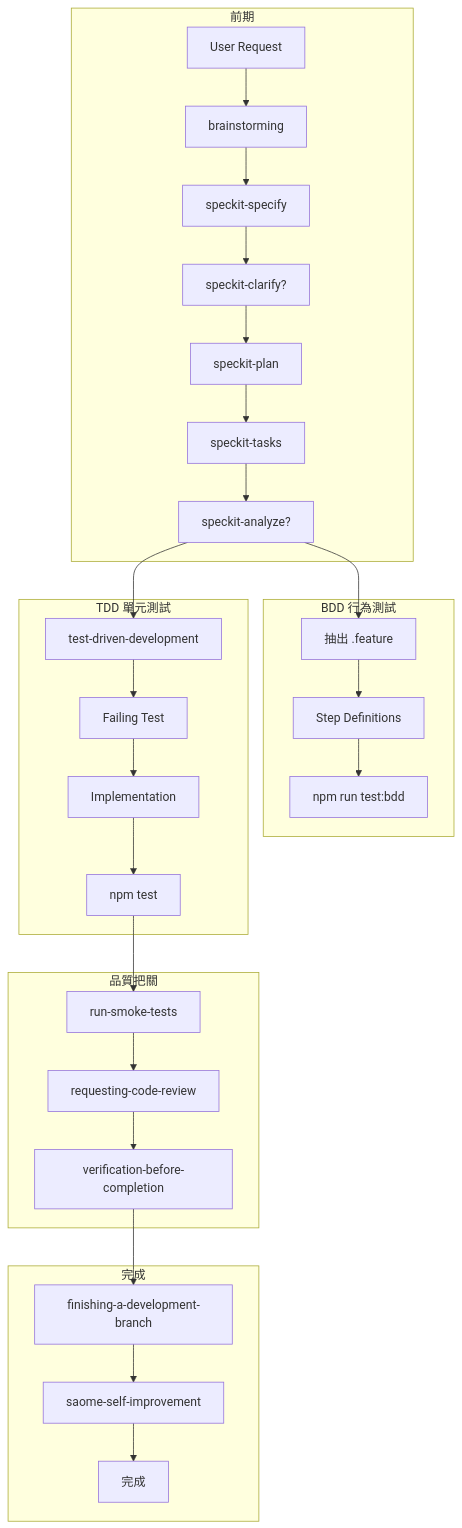
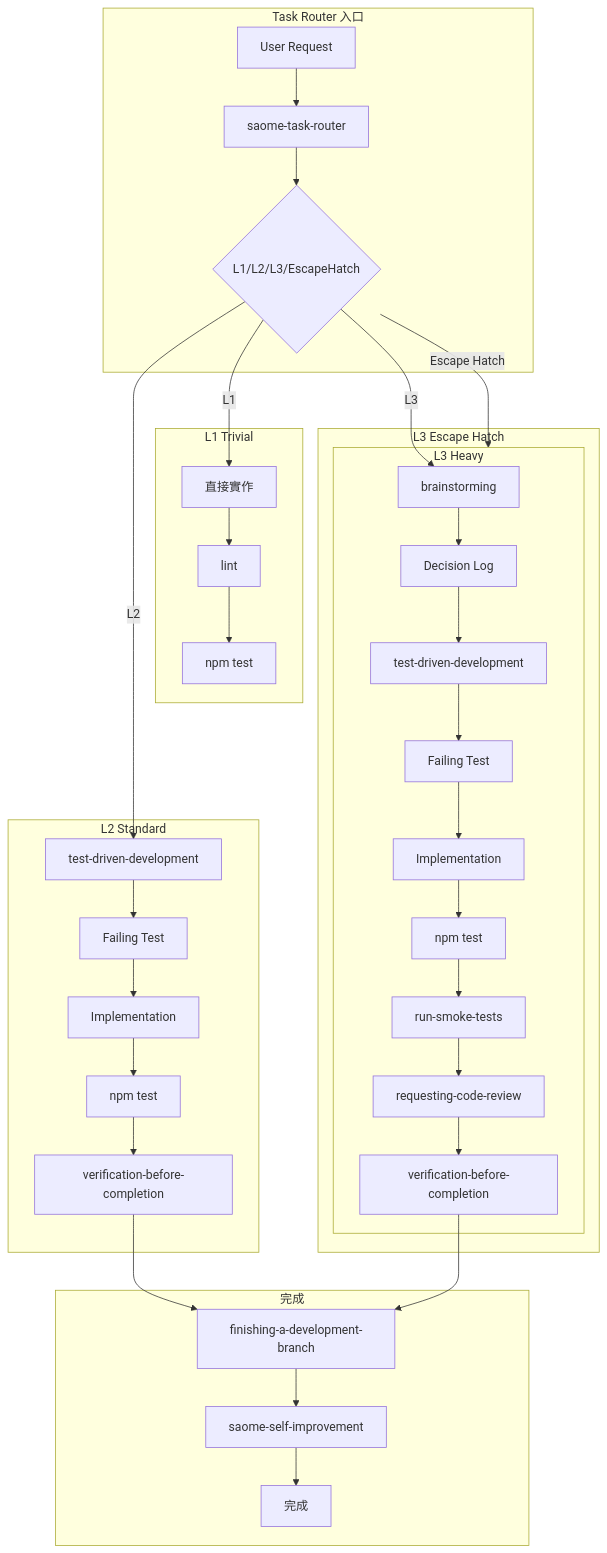
The diagram in .cursor/rules/001-methodology.mdc (SaomeRebuild/SAOME-REBUILD), drawn with Mermaid before and after one commit. The commit also changed other lines of this file and 2 other files, not shown here.

First line of the commit message:
docs(agents): update methodology section to L3-heavy perspective

````diff
--- a/.cursor/rules/001-methodology.mdc
+++ b/.cursor/rules/001-methodology.mdc
@@ -12,36 +12,44 @@
 ```mermaid
 flowchart TD
-    subgraph PRE[前期]
-        A[User Request] --> B[brainstorming]
-        B --> C[speckit-specify]
-        C --> D[speckit-clarify?]
-        D --> E[speckit-plan]
-        E --> F[speckit-tasks]
-        F --> G[speckit-analyze?]
+    subgraph ENTRY[Task Router 入口]
+        A[User Request] --> B[saome-task-router]
+        B --> C{L1/L2/L3/EscapeHatch}
     end
     
-    subgraph BDD[BDD 行為測試]
-        G --> H[抽出 .feature]
-        H --> I[Step Definitions]
-        I --> J[npm run test:bdd]
+    subgraph L1[L1 Trivial]
+        C -->|L1| D[直接實作]
+        D --> E[lint]
+        E --> F[npm test]
     end
     
-    subgraph TDD[TDD 單元測試]
-        G --> K[test-driven-development]
-        K --> L[Failing Test]
-        L --> M[Implementation]
-        M --> N[npm test]
+    subgraph L2[L2 Standard]
+        C -->|L2| G[test-driven-development]
+        G --> H[Failing Test]
+        H --> I[Implementation]
+        I --> J[npm test]
+        J --> K[verification-before-completion]
     end
     
-    subgraph QA[品質把關]
-        N --> O[run-smoke-tests]
-        O --> P[requesting-code-review]
-        P --> Q[verification-before-completion]
+    subgraph L3[L3 Heavy]
+        C -->|L3| L[brainstorming]
+        L --> M[Decision Log]
+        M --> N[test-driven-development]
+        N --> O[Failing Test]
+        O --> P[Implementation]
+        P --> Q[npm test]
+        Q --> R[run-smoke-tests]
+        R --> S[requesting-code-review]
+        S --> T[verification-before-completion]
+    end
+    
+    subgraph L3E[L3 Escape Hatch]
+        C -->|Escape Hatch| L3
     end
     
     subgraph FINISH[完成]
-        Q --> R[finishing-a-development-branch]
-        R --> S[saome-self-improvement]
-        S --> T[完成]
+        K --> U[finishing-a-development-branch]
+        T --> U
+        U --> V[saome-self-improvement]
+        V --> W[完成]
     end
 ```
````
